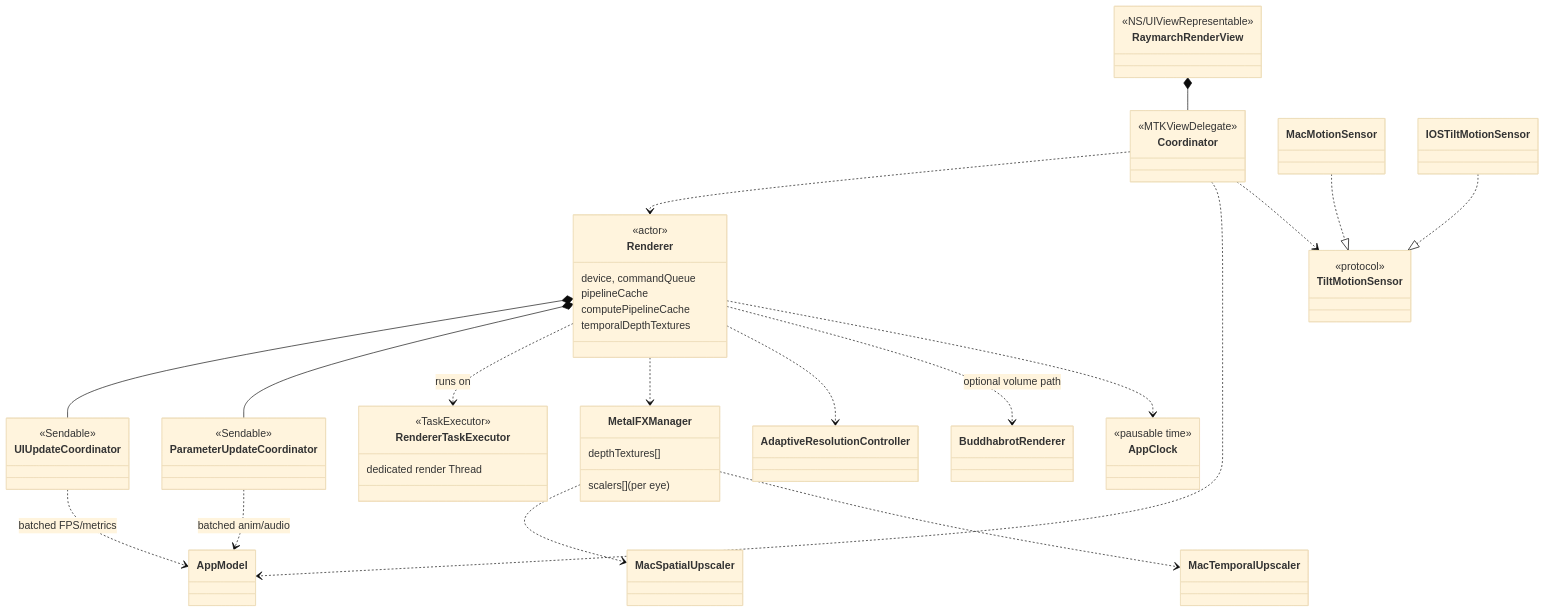
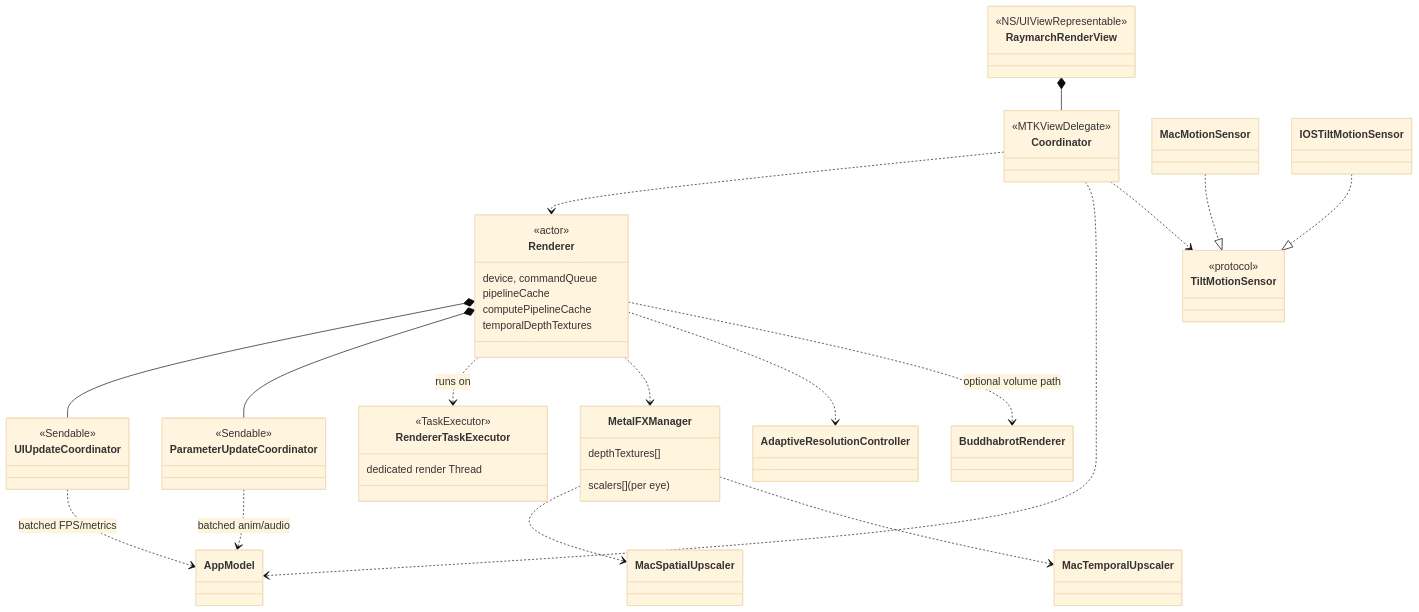
The third of 9 diagrams in Context/ARCHITECTURE_UML.md (Halopend/MetalRaymarch-main), drawn with Mermaid (base theme) before and after one commit. The commit also changed other lines of this file and 16 other files, not shown here.

````diff
--- a/Context/ARCHITECTURE_UML.md
+++ b/Context/ARCHITECTURE_UML.md
@@ -106,53 +105,51 @@
 ```mermaid
 classDiagram
     direction TB
 
     class RaymarchRenderView { <<NS/UIViewRepresentable>> }
     class Coordinator { <<MTKViewDelegate>> }
     class Renderer {
         <<actor>>
         device, commandQueue
         pipelineCache
         computePipelineCache
         temporalDepthTextures
     }
     class RendererTaskExecutor {
         <<TaskExecutor>>
         dedicated render Thread
     }
     class UIUpdateCoordinator { <<Sendable>> }
     class ParameterUpdateCoordinator { <<Sendable>> }
     class MetalFXManager {
         scalers[] (per eye)
         depthTextures[]
     }
     class MacSpatialUpscaler
     class MacTemporalUpscaler
     class AdaptiveResolutionController
     class BuddhabrotRenderer
-    class AppClock { <<pausable time>> }
     class TiltMotionSensor { <<protocol>> }
     class MacMotionSensor
     class IOSTiltMotionSensor
 
     RaymarchRenderView *-- Coordinator
     Coordinator ..> Renderer
     Coordinator ..> AppModel
     Coordinator ..> TiltMotionSensor
 
     Renderer *-- UIUpdateCoordinator
     Renderer *-- ParameterUpdateCoordinator
     Renderer ..> RendererTaskExecutor : runs on
     Renderer ..> MetalFXManager
     Renderer ..> AdaptiveResolutionController
     Renderer ..> BuddhabrotRenderer : optional volume path
-    Renderer ..> AppClock
 
     MetalFXManager ..> MacSpatialUpscaler
     MetalFXManager ..> MacTemporalUpscaler
     UIUpdateCoordinator ..> AppModel : batched FPS/metrics
     ParameterUpdateCoordinator ..> AppModel : batched anim/audio
 
     MacMotionSensor ..|> TiltMotionSensor
     IOSTiltMotionSensor ..|> TiltMotionSensor
 ```
````
